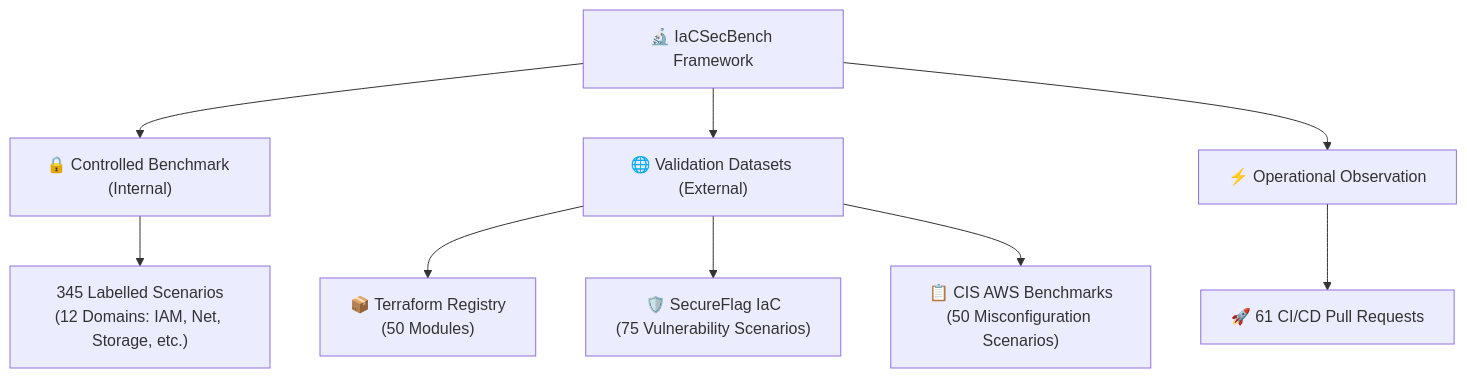
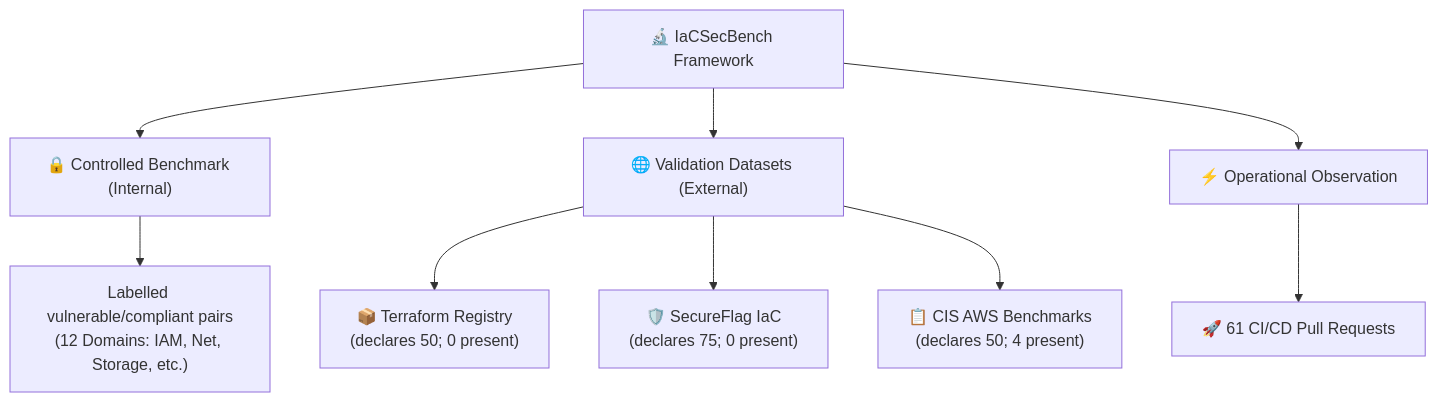
The second of 2 diagrams in docs/index.md (mchittineni/CrownCorridor), drawn with Mermaid before and after one commit. The commit also changed other lines of this file and 7 other files, not shown here.

````diff
--- a/docs/index.md
+++ b/docs/index.md
@@ -68,14 +68,14 @@
 ```mermaid
 graph TD
     Bench["🔬 IaCSecBench Framework"] --> Internal["🔒 Controlled Benchmark (Internal)"]
     Bench --> External["🌐 Validation Datasets (External)"]
     Bench --> Ops["⚡ Operational Observation"]
 
-    Internal --> IntCases["345 Labelled Scenarios<br/>(12 Domains: IAM, Net, Storage, etc.)"]
+    Internal --> IntCases["Labelled vulnerable/compliant pairs<br/>(12 Domains: IAM, Net, Storage, etc.)"]
 
-    External --> TFReg["📦 Terraform Registry<br/>(50 Modules)"]
-    External --> SF["🛡️ SecureFlag IaC<br/>(75 Vulnerability Scenarios)"]
-    External --> CIS["📋 CIS AWS Benchmarks<br/>(50 Misconfiguration Scenarios)"]
+    External --> TFReg["📦 Terraform Registry<br/>(declares 50; 0 present)"]
+    External --> SF["🛡️ SecureFlag IaC<br/>(declares 75; 0 present)"]
+    External --> CIS["📋 CIS AWS Benchmarks<br/>(declares 50; 4 present)"]
 
     Ops --> PRs["🚀 61 CI/CD Pull Requests"]
 ```
````
